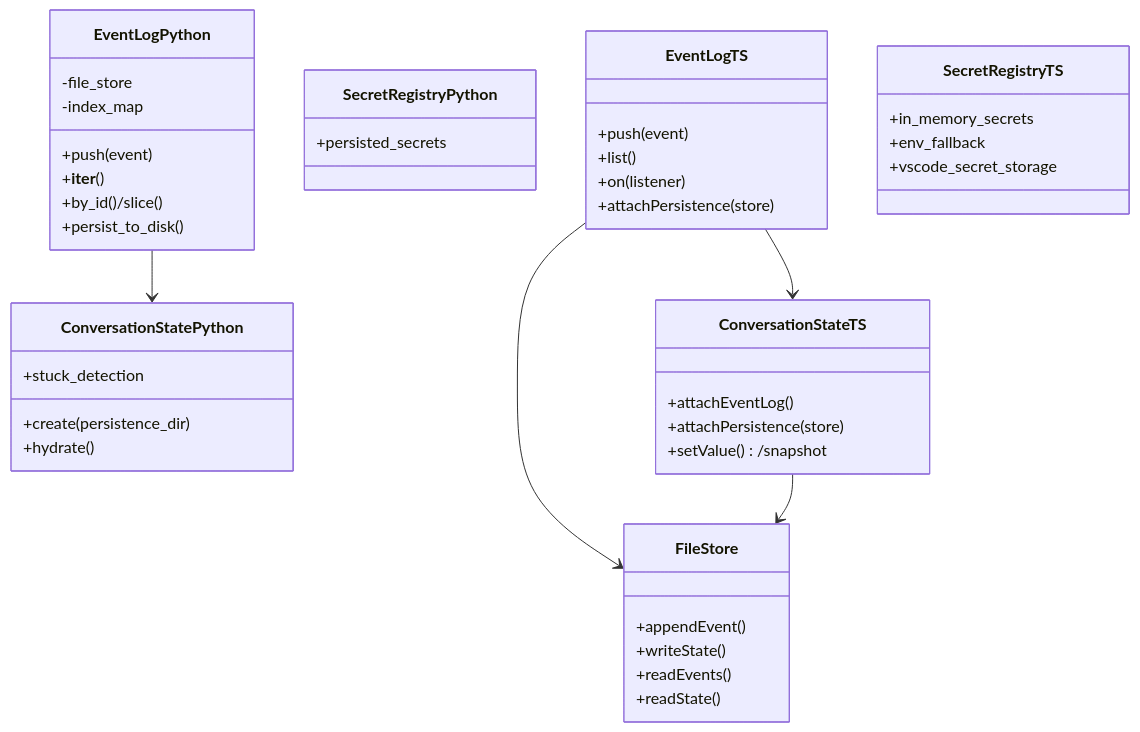
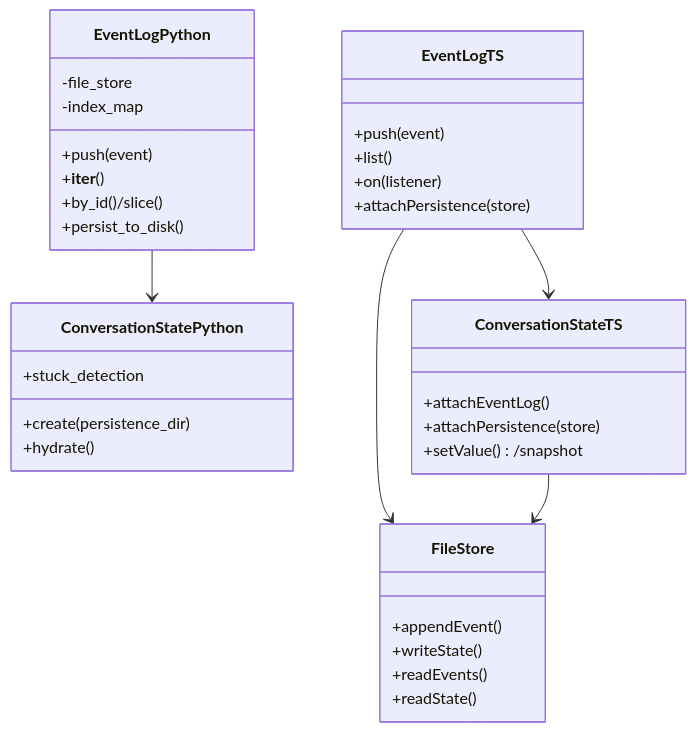
One commit to enyst/OpenHands-Tab changed the fourth of 4 diagrams in packages/agent-sdk-ts/docs/python-parity.md. Above: the diagram before and after it, drawn with Mermaid. The commit also changed other lines of this file, not shown here.

First line of the commit message:
docs(parity): comprehensive update to Python-TypeScript SDK parity doc (#762)

````diff
--- a/packages/agent-sdk-ts/docs/python-parity.md
+++ b/packages/agent-sdk-ts/docs/python-parity.md
@@ -737,45 +579,37 @@
 ```mermaid
 classDiagram
     class EventLogPython {
       +push(event)
       +__iter__()
       +by_id()/slice()
       +persist_to_disk()
       -file_store
       -index_map
     }
     class ConversationStatePython {
       +create(persistence_dir)
       +hydrate()
       +stuck_detection
-    }
-    class SecretRegistryPython {
-      +persisted_secrets
     }
     class EventLogTS {
       +push(event)
       +list()
       +on(listener)
       +attachPersistence(store)
     }
     class ConversationStateTS {
       +attachEventLog()
       +attachPersistence(store)
       +setValue()/snapshot
     }
     class FileStore {
       +appendEvent()
       +writeState()
       +readEvents()
       +readState()
     }
-    class SecretRegistryTS {
-      +in_memory_secrets
-      +env_fallback
-      +vscode_secret_storage
-    }
     EventLogPython --> ConversationStatePython
     EventLogTS --> ConversationStateTS
     EventLogTS --> FileStore
     ConversationStateTS --> FileStore
 ```
````
